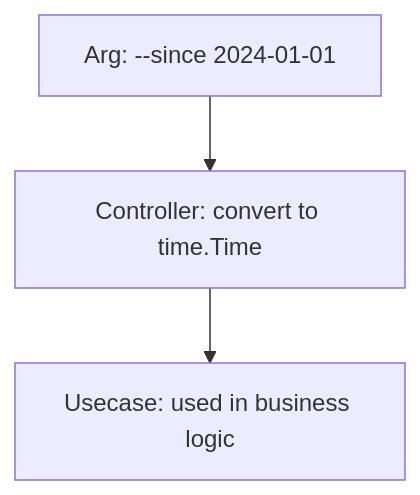
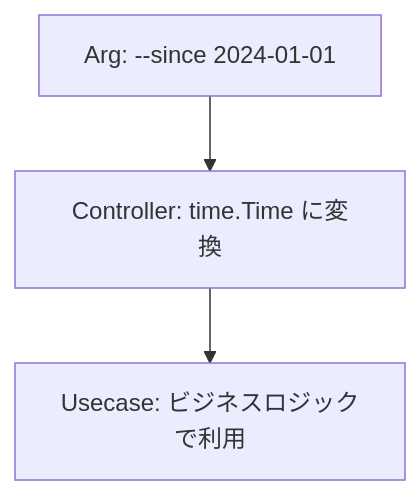
The second of 9 diagrams in internal/controller/job/README.md (Tomy-ch/go-boilerplate), drawn with Mermaid before and after one commit. The commit also changed other lines of this file and 970 other files, not shown here.

````diff
--- a/internal/controller/job/README.md
+++ b/internal/controller/job/README.md
@@ -78,8 +78,8 @@
 ```mermaid
 flowchart TB
     Arg["Arg: --since 2024-01-01"]
-    Controller["Controller: convert to time.Time"]
-    Usecase["Usecase: used in business logic"]
+    Controller["Controller: time.Time に変換"]
+    Usecase["Usecase: ビジネスロジックで利用"]
 
     Arg --> Controller --> Usecase
 ```
````
